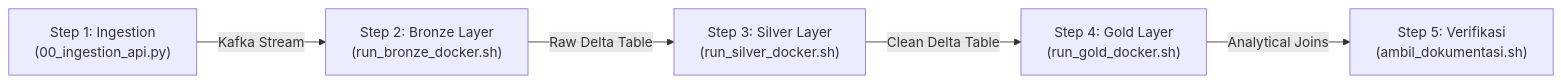
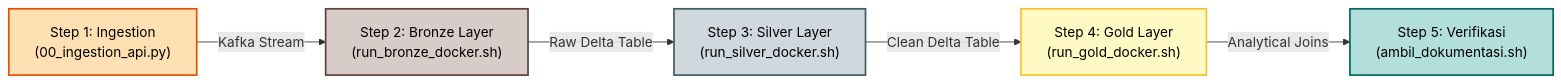
The second of 6 diagrams in README.md (airenmeyy/kelompok-1-eas-bigdata), drawn with Mermaid before and after one commit. The commit also changed other lines of this file, not shown here.

Commit message:
fix(docs): style all remaining Mermaid diagrams with color and high contrast

````diff
--- a/README.md
+++ b/README.md
@@ -308,7 +308,20 @@
 ```mermaid
 graph LR
+    %% Styling Definitions
+    classDef stream fill:#ffe0b2,stroke:#e65100,stroke-width:2px,color:#000;
+    classDef bronze fill:#d7ccc8,stroke:#5d4037,stroke-width:2px,color:#000;
+    classDef silver fill:#cfd8dc,stroke:#455a64,stroke-width:2px,color:#000;
+    classDef gold fill:#fff9c4,stroke:#fbc02d,stroke-width:2px,color:#000;
+    classDef verification fill:#b2dfdb,stroke:#00695c,stroke-width:2px,color:#000;
+
     Step1["Step 1: Ingestion<br/>(00_ingestion_api.py)"] -->|Kafka Stream| Step2["Step 2: Bronze Layer<br/>(run_bronze_docker.sh)"]
     Step2 -->|Raw Delta Table| Step3["Step 3: Silver Layer<br/>(run_silver_docker.sh)"]
     Step3 -->|Clean Delta Table| Step4["Step 4: Gold Layer<br/>(run_gold_docker.sh)"]
     Step4 -->|Analytical Joins| Step5["Step 5: Verifikasi<br/>(ambil_dokumentasi.sh)"]
+
+    class Step1 stream;
+    class Step2 bronze;
+    class Step3 silver;
+    class Step4 gold;
+    class Step5 verification;
 ```
````
